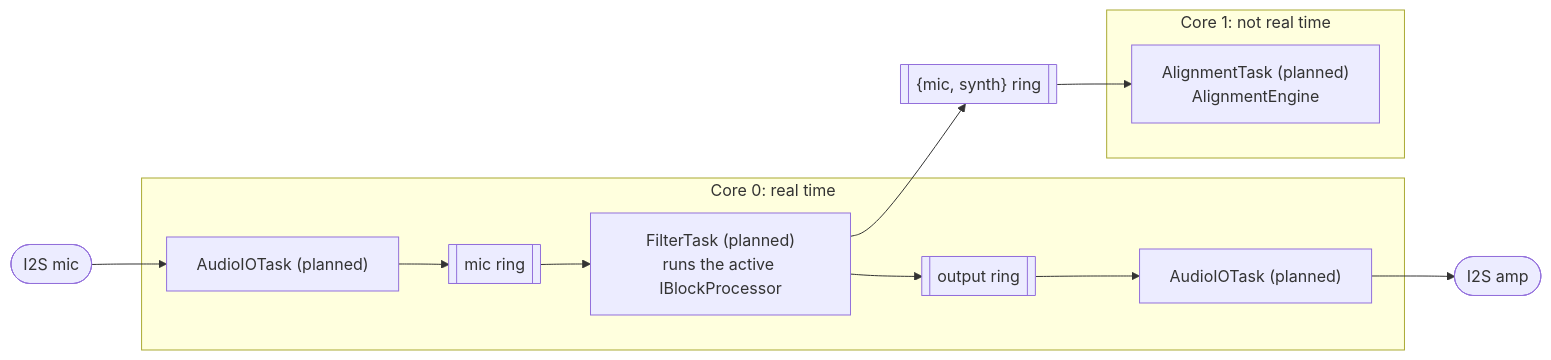
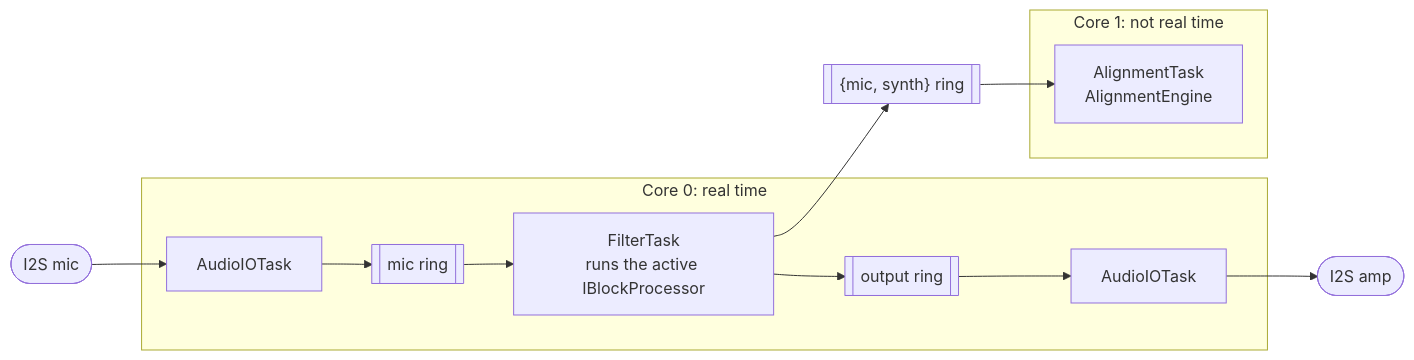
The diagram in docs/architecture.md (GageLawton/noise-cancellation), drawn with Mermaid before and after one commit. The commit also changed other lines of this file, not shown here.

````diff
--- a/docs/architecture.md
+++ b/docs/architecture.md
@@ -20,23 +20,23 @@
 ```mermaid
 flowchart LR
-    mic([I2S mic]) --> audioIn["AudioIOTask (planned)"]
+    mic([I2S mic]) --> audioIn["AudioIOTask"]
     audioIn --> micRing[[mic ring]]
-    micRing --> filter["FilterTask (planned)<br/>runs the active IBlockProcessor"]
+    micRing --> filter["FilterTask<br/>runs the active IBlockProcessor"]
     filter --> outRing[[output ring]]
-    outRing --> audioOut["AudioIOTask (planned)"]
+    outRing --> audioOut["AudioIOTask"]
     audioOut --> amp([I2S amp])
 
     filter --> pairRing[["{mic, synth} ring"]]
-    pairRing --> align["AlignmentTask (planned)<br/>AlignmentEngine"]
+    pairRing --> align["AlignmentTask<br/>AlignmentEngine"]
 
     subgraph core0 [Core 0: real time]
         audioIn
         micRing
         filter
         outRing
         audioOut
     end
     subgraph core1 [Core 1: not real time]
         align
     end
 ```
````
